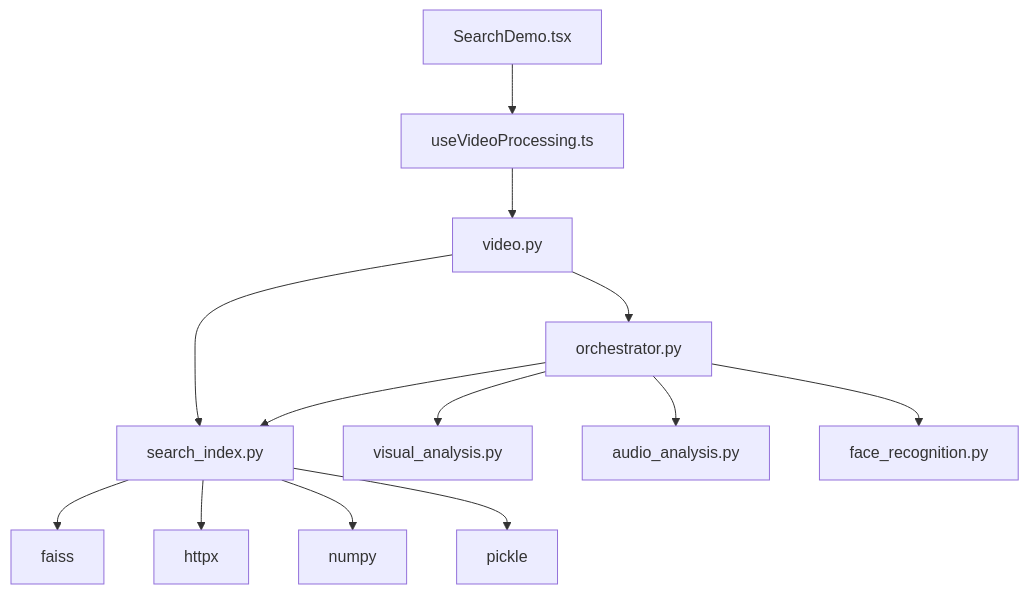
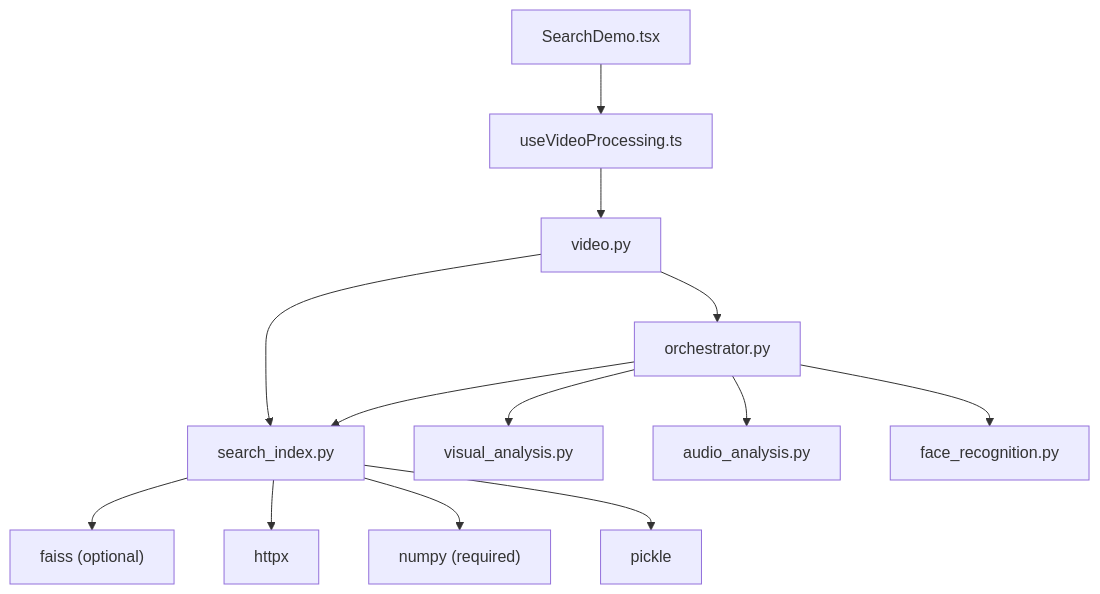
One commit to alexandreybasta-cyber/dubai-media-ai changed the ninth of 9 diagrams in .qoder/repowiki/en/content/Media Processing Pipeline/Search Index Stage.md. Above: the diagram before and after it, drawn with Mermaid. The commit also changed other lines of this file and 48 other files, not shown here.

````diff
--- a/.qoder/repowiki/en/content/Media Processing Pipeline/Search Index Stage.md
+++ b/.qoder/repowiki/en/content/Media Processing Pipeline/Search Index Stage.md
@@ -344,15 +403,15 @@
 ```mermaid
 graph TB
-SI["search_index.py"] --> FAISS["faiss"]
+SI["search_index.py"] --> FAISS["faiss (optional)"]
 SI --> HTTPX["httpx"]
-SI --> NP["numpy"]
+SI --> NP["numpy (required)"]
 SI --> PICKLE["pickle"]
 ORCH["orchestrator.py"] --> SI
 ORCH --> VA["visual_analysis.py"]
 ORCH --> ASR["audio_analysis.py"]
 ORCH --> FR["face_recognition.py"]
 ROUTER["video.py"] --> ORCH
 ROUTER --> SI
 FE["SearchDemo.tsx"] --> API["useVideoProcessing.ts"]
 API --> ROUTER
 ```
````
